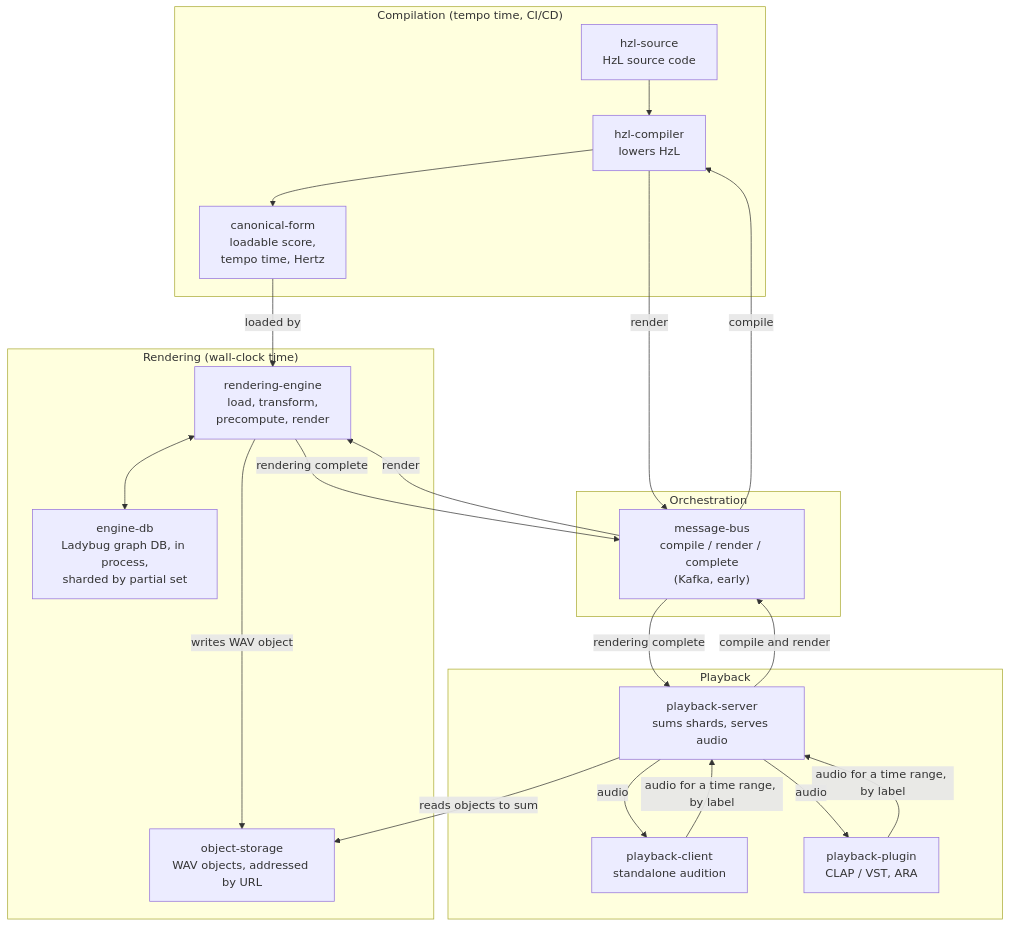
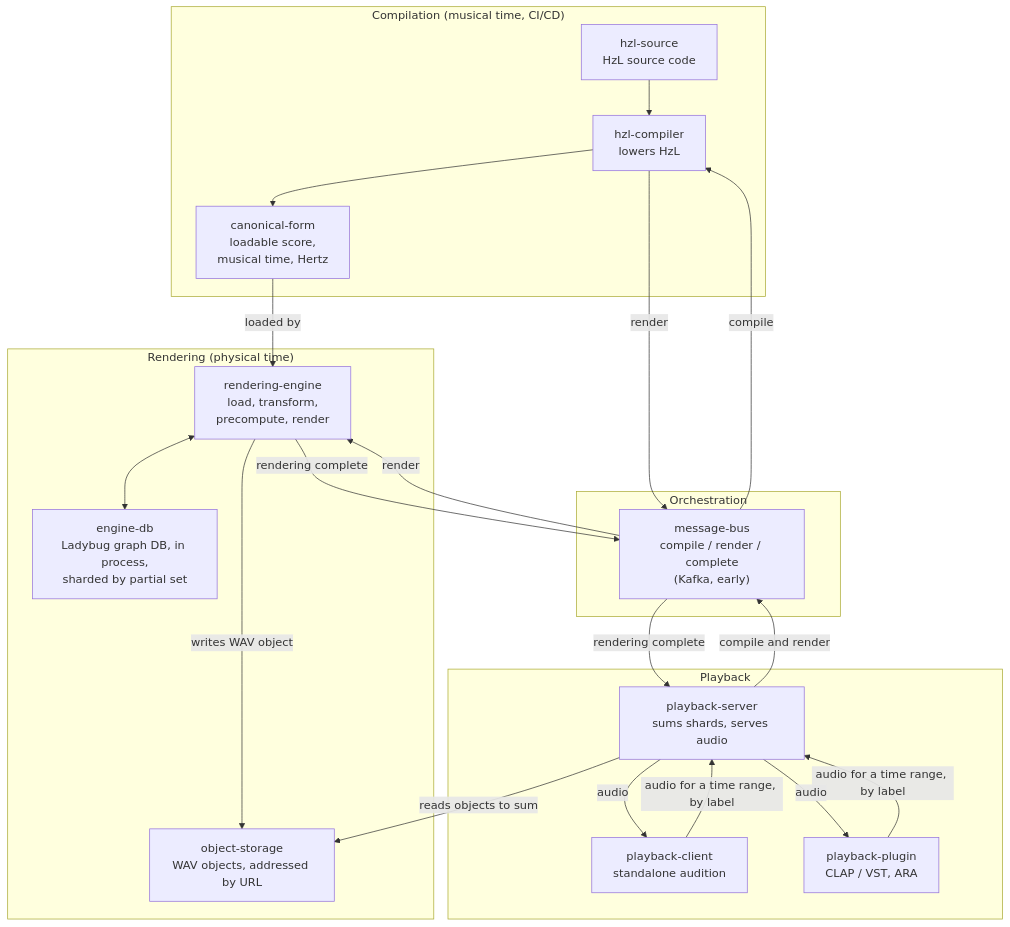
Before and after one commit to broadya/RAINBOHz: the diagram in architecture/02-component-overview.mmd, drawn with Mermaid. The commit also changed 48 other files, not shown here.

```diff
--- a/architecture/02-component-overview.mmd
+++ b/architecture/02-component-overview.mmd
@@ -1,43 +1,43 @@
 %% RAINBOHz reference implementation - component overview
 %% Referenced from: overview.md, section "Component overview"
 
 flowchart TB
-    subgraph compilation["Compilation (tempo time, CI/CD)"]
+    subgraph compilation["Compilation (musical time, CI/CD)"]
         hzl-source["hzl-source<br/>HzL source code"]
         hzl-compiler["hzl-compiler<br/>lowers HzL"]
-        canonical-form["canonical-form<br/>loadable score,<br/>tempo time, Hertz"]
+        canonical-form["canonical-form<br/>loadable score,<br/>musical time, Hertz"]
     end
 
-    subgraph rendering["Rendering (wall-clock time)"]
+    subgraph rendering["Rendering (physical time)"]
         rendering-engine["rendering-engine<br/>load, transform,<br/>precompute, render"]
         engine-db["engine-db<br/>Ladybug graph DB, in process,<br/>sharded by partial set"]
         object-storage["object-storage<br/>WAV objects, addressed by URL"]
     end
 
     subgraph playback["Playback"]
         playback-server["playback-server<br/>sums shards, serves audio"]
         playback-client["playback-client<br/>standalone audition"]
         playback-plugin["playback-plugin<br/>CLAP / VST, ARA"]
     end
 
     subgraph orchestration["Orchestration"]
         message-bus["message-bus<br/>compile / render / complete<br/>(Kafka, early)"]
     end
 
     hzl-source --> hzl-compiler
     hzl-compiler --> canonical-form
     canonical-form -- "loaded by" --> rendering-engine
     rendering-engine <--> engine-db
     rendering-engine -- "writes WAV object" --> object-storage
     playback-client -- "audio for a time range, by label" --> playback-server
     playback-plugin -- "audio for a time range, by label" --> playback-server
     playback-server -- "reads objects to sum" --> object-storage
     playback-server -- "audio" --> playback-client
     playback-server -- "audio" --> playback-plugin
 
     playback-server -- "compile and render" --> message-bus
     message-bus -- "compile" --> hzl-compiler
     hzl-compiler -- "render" --> message-bus
     message-bus -- "render" --> rendering-engine
     rendering-engine -- "rendering complete" --> message-bus
     message-bus -- "rendering complete" --> playback-server
```
